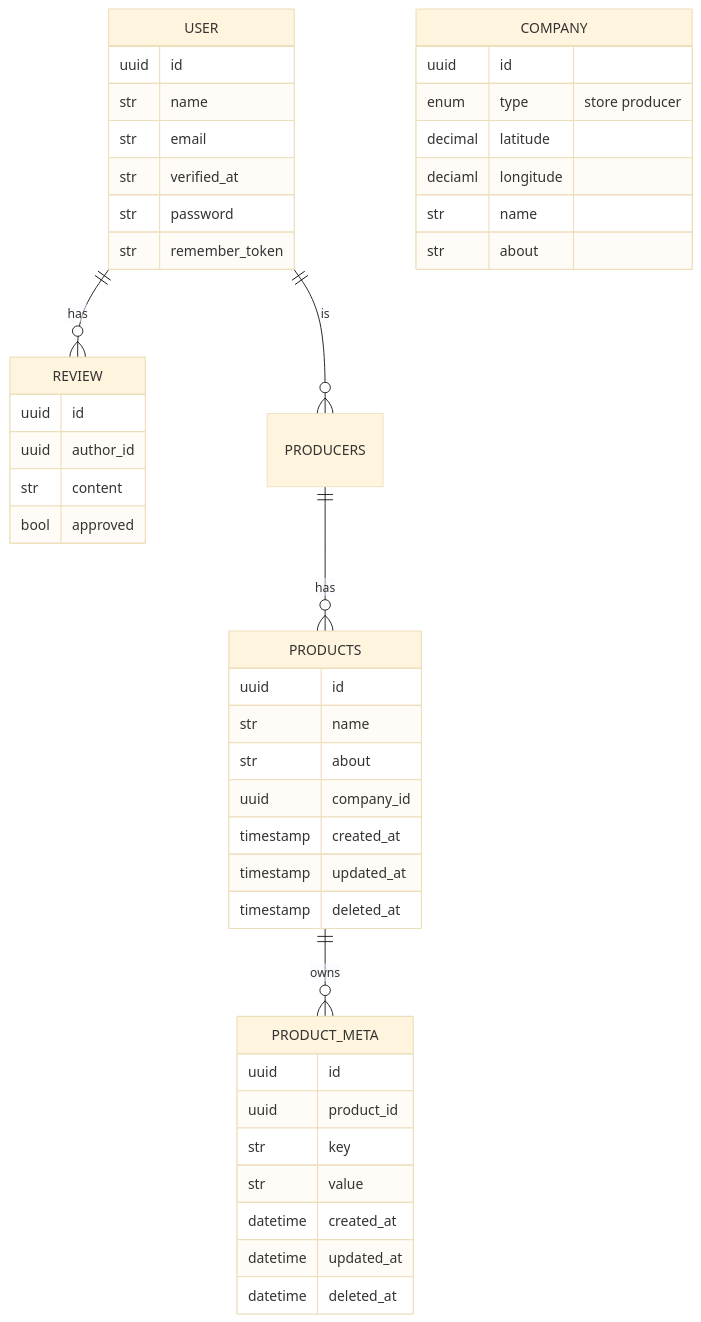
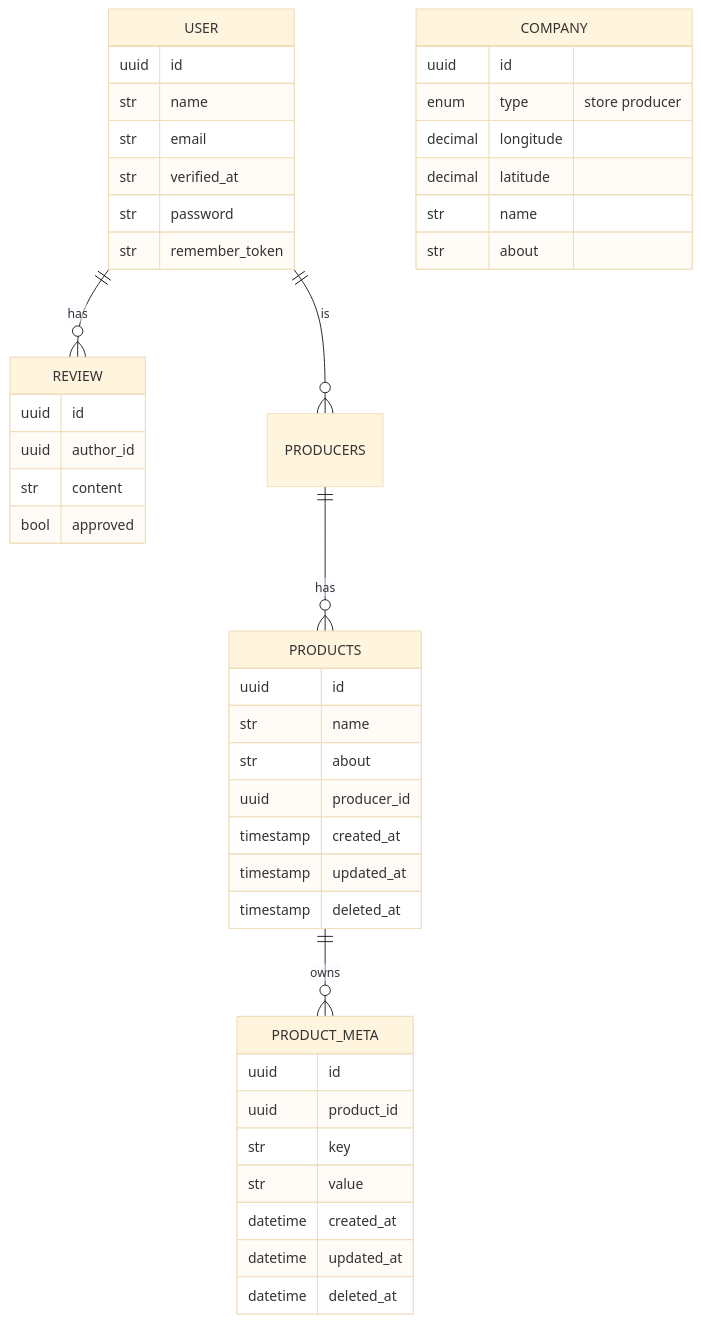
Before and after one commit to cvanh/wiri: the diagram in backend/readme.md, drawn with Mermaid (base theme). The commit also changed other lines of this file and 60 other files, not shown here.

````diff
--- a/backend/readme.md
+++ b/backend/readme.md
@@ -19,49 +19,49 @@
 ```mermaid
 erDiagram
     USER {
         uuid id 
         str name
         str email
         str verified_at
         str password
         str remember_token
     }
     COMPANY { 
         uuid id 
         enum type "store producer"
+        decimal longitude 
         decimal latitude
-        deciaml longitude
         str name
         str about
     }
     PRODUCTS {
         uuid id
         str name
         str about
-        uuid company_id 
+        uuid producer_id 
         timestamp created_at
         timestamp updated_at
         timestamp deleted_at
     }
     PRODUCT_META {
         uuid id
         uuid product_id
         str key
         str value
         datetime created_at
         datetime updated_at
         datetime deleted_at
     }
 
     REVIEW {
         uuid id 
         uuid author_id 
         str content
         bool approved
     }
 
     USER||--o{PRODUCERS : "is"
     USER||--o{REVIEW: "has"
     PRODUCERS||--o{PRODUCTS: "has"
     PRODUCTS||--o{PRODUCT_META: "owns"
 ```
````
